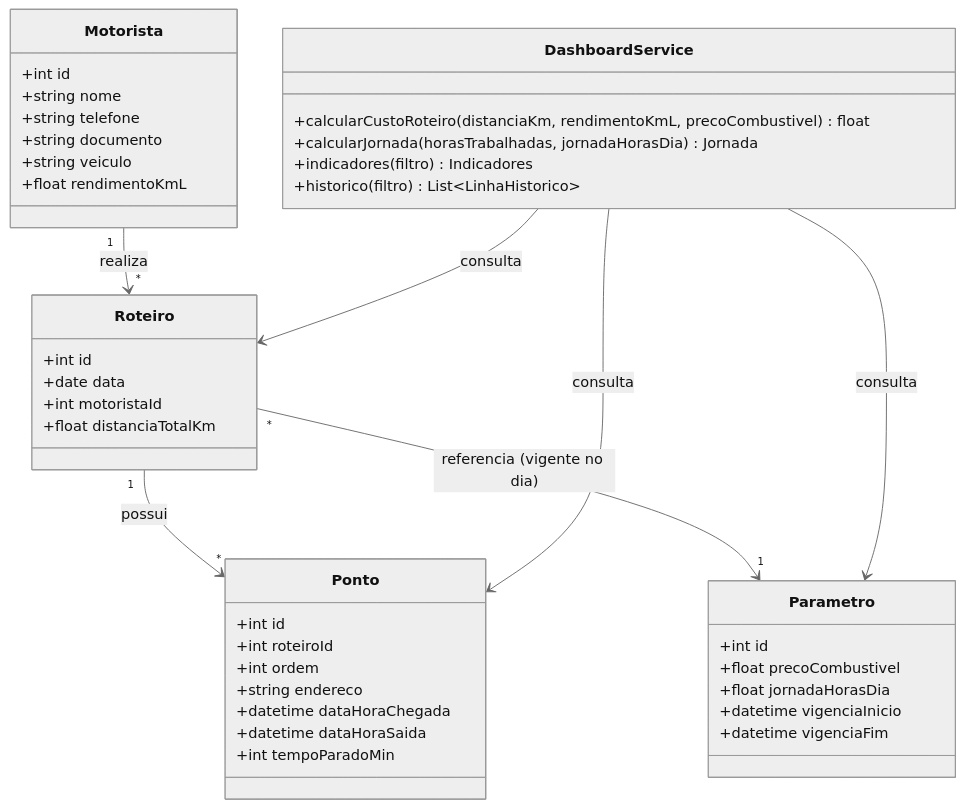
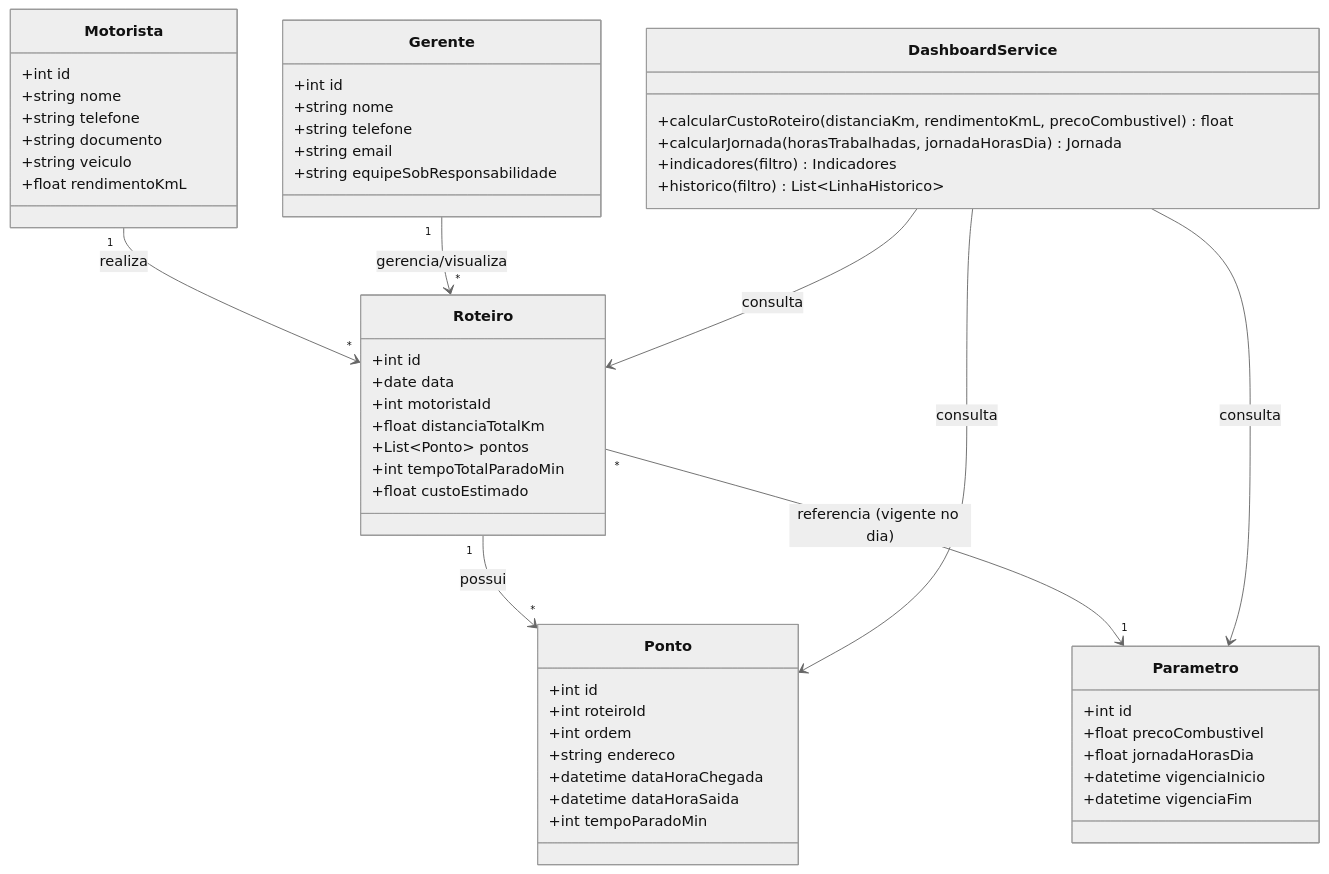
Before and after one commit to Mabms1974/Saturno: the diagram in artefatos/diagrama-classes/diagrama-classes-gestao.md, drawn with Mermaid (neutral theme). The commit also changed other lines of this file and 5 other files, not shown here.

Commit message:
docs: adiciona UC08 e atualiza diagramas de robustez e classes

````diff
--- a/artefatos/diagrama-classes/diagrama-classes-gestao.md
+++ b/artefatos/diagrama-classes/diagrama-classes-gestao.md
@@ -6,50 +9,62 @@
 ```mermaid
 classDiagram
     class Motorista {
         +int id
         +string nome
         +string telefone
         +string documento
         +string veiculo
         +float rendimentoKmL
     }
 
+    class Gerente {
+        +int id
+        +string nome
+        +string telefone
+        +string email
+        +string equipeSobResponsabilidade
+    }
+
     class Roteiro {
         +int id
         +date data
         +int motoristaId
         +float distanciaTotalKm
+        +List~Ponto~ pontos
+        +int tempoTotalParadoMin
+        +float custoEstimado
     }
 
     class Ponto {
         +int id
         +int roteiroId
         +int ordem
         +string endereco
         +datetime dataHoraChegada
         +datetime dataHoraSaida
         +int tempoParadoMin
     }
 
     class Parametro {
         +int id
         +float precoCombustivel
         +float jornadaHorasDia
         +datetime vigenciaInicio
         +datetime vigenciaFim
     }
 
     class DashboardService {
         +calcularCustoRoteiro(distanciaKm, rendimentoKmL, precoCombustivel) float
         +calcularJornada(horasTrabalhadas, jornadaHorasDia) Jornada
         +indicadores(filtro) Indicadores
         +historico(filtro) List~LinhaHistorico~
     }
 
     Motorista "1" --> "*" Roteiro : realiza
+    Gerente "1" --> "*" Roteiro : gerencia/visualiza
     Roteiro "1" --> "*" Ponto : possui
     Roteiro "*" --> "1" Parametro : referencia (vigente no dia)
     DashboardService --> Roteiro : consulta
     DashboardService --> Ponto : consulta
     DashboardService --> Parametro : consulta
 ```
````
